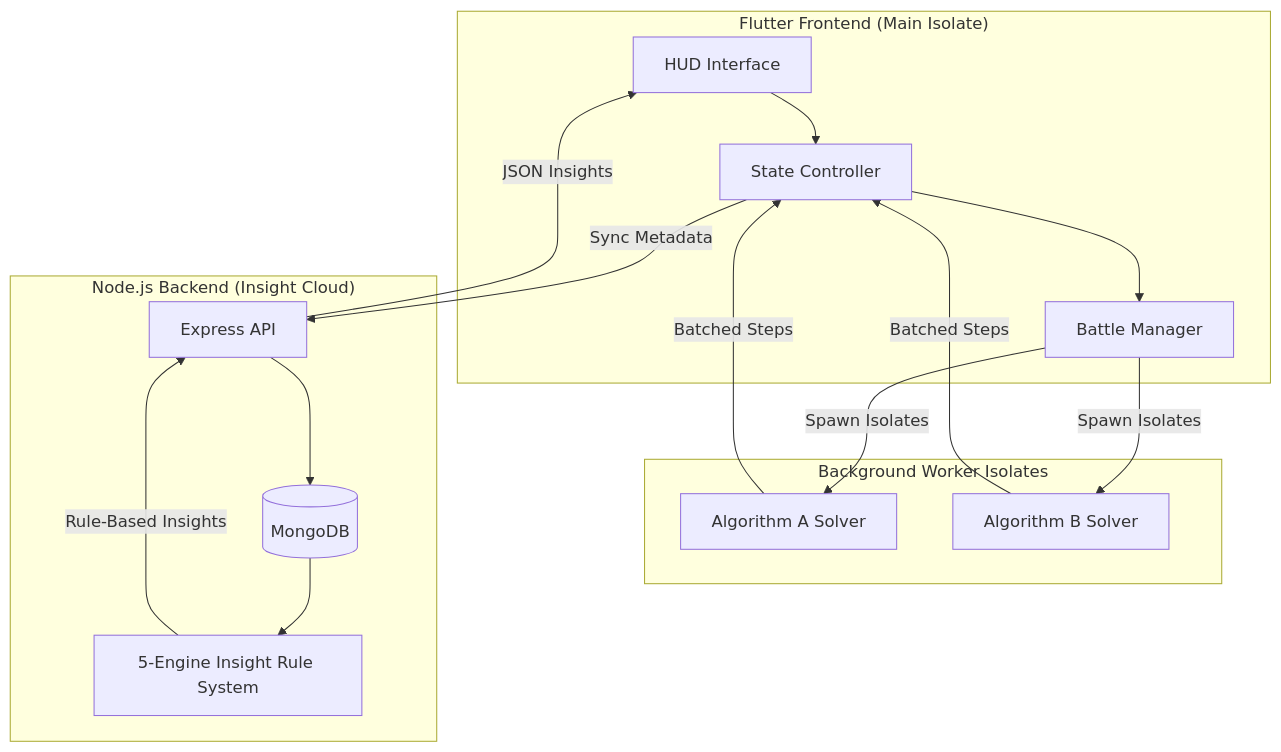
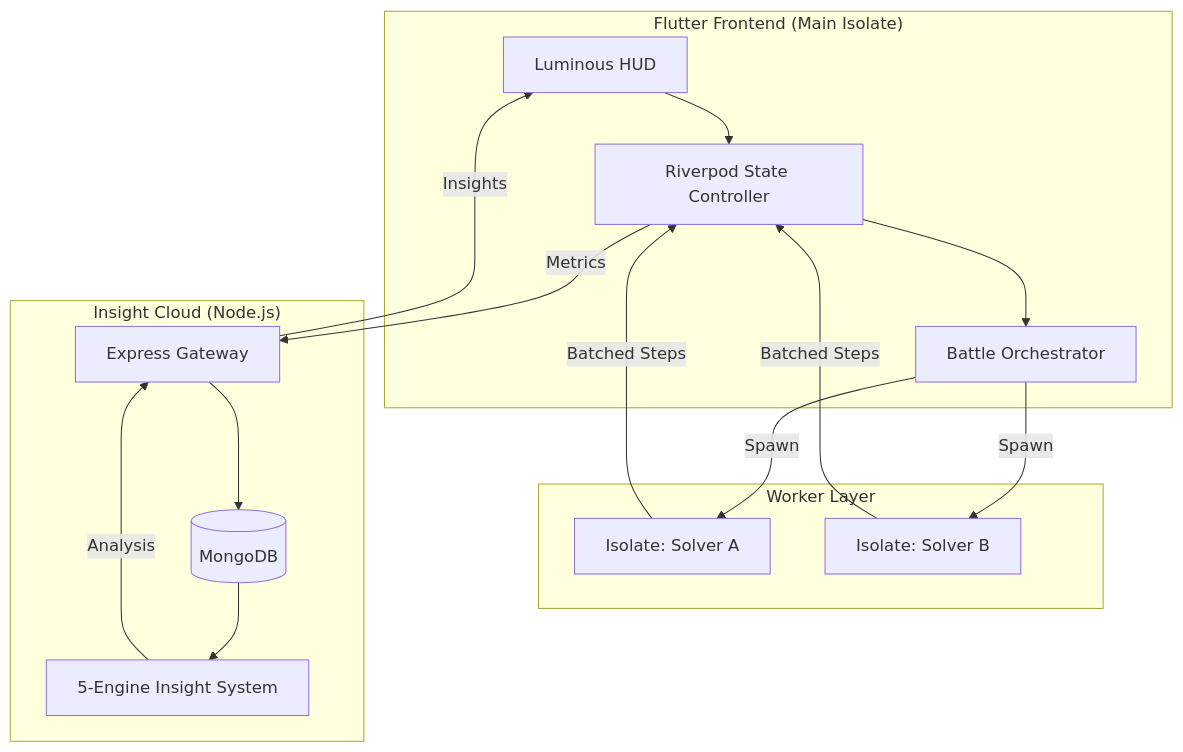
The diagram in README.md (Rinav01/ai_algo_arena), drawn with Mermaid before and after one commit. The commit also changed other lines of this file and 21 other files, not shown here.

````diff
--- a/README.md
+++ b/README.md
@@ -50,32 +62,32 @@
 ```mermaid
 graph TD
     subgraph "Flutter Frontend (Main Isolate)"
-        UI[HUD Interface]
-        SC[State Controller]
-        BM[Battle Manager]
+        UI[Luminous HUD]
+        SC[Riverpod State Controller]
+        BM[Battle Orchestrator]
     end
 
-    subgraph "Background Worker Isolates"
-        ALGA[Algorithm A Solver]
-        ALGB[Algorithm B Solver]
+    subgraph "Worker Layer"
+        ALGA[Isolate: Solver A]
+        ALGB[Isolate: Solver B]
     end
 
-    subgraph "Node.js Backend (Insight Cloud)"
-        API[Express API]
-        IE[5-Engine Insight Rule System]
+    subgraph "Insight Cloud (Node.js)"
+        API[Express Gateway]
+        IE[5-Engine Insight System]
         DB[(MongoDB)]
     end
 
     UI --> SC
     SC --> BM
-    BM -- "Spawn Isolates" --> ALGA
-    BM -- "Spawn Isolates" --> ALGB
+    BM -- "Spawn" --> ALGA
+    BM -- "Spawn" --> ALGB
     
     ALGA -- "Batched Steps" --> SC
     ALGB -- "Batched Steps" --> SC
-    SC -- "Sync Metadata" --> API
+    SC -- "Metrics" --> API
     API --> DB
     DB --> IE
-    IE -- "Rule-Based Insights" --> API
-    API -- "JSON Insights" --> UI
+    IE -- "Analysis" --> API
+    API -- "Insights" --> UI
 ```
````
